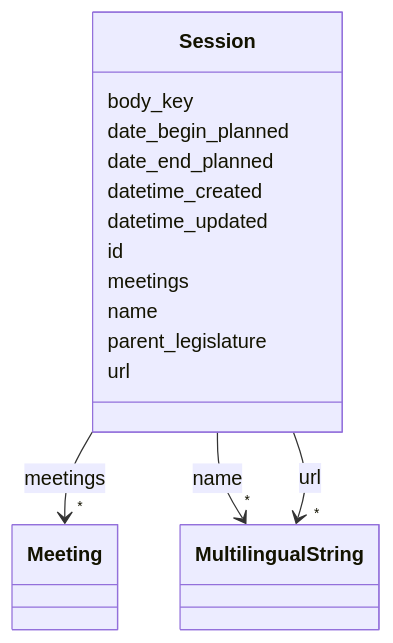
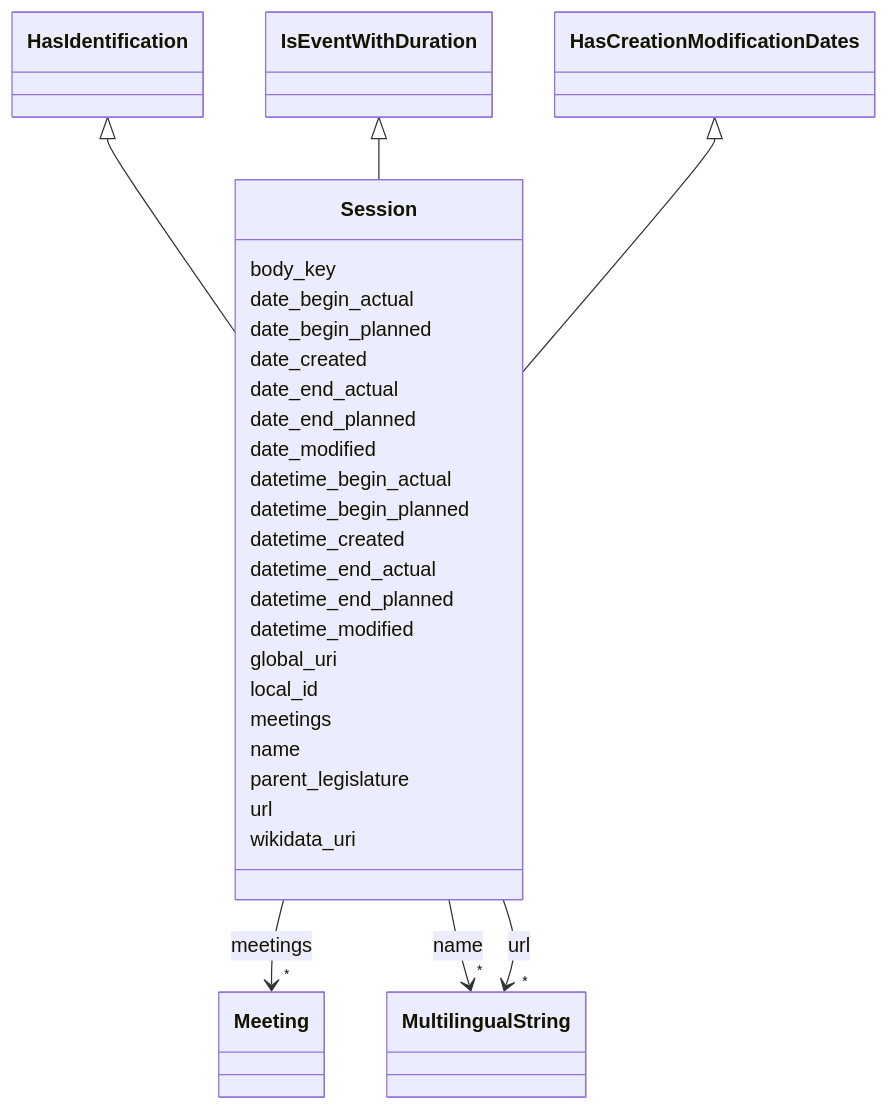
One commit to swiss/political-affairs-ech-group changed the diagram in ech-0293_operations/output/docs/Session.md. Above: the diagram before and after it, drawn with Mermaid. The commit also changed other lines of this file and 79 other files, not shown here.

````diff
--- a/ech-0293_operations/output/docs/Session.md
+++ b/ech-0293_operations/output/docs/Session.md
@@ -22,53 +22,80 @@
 ```mermaid
  classDiagram
     class Session
     click Session href "../Session/"
+      HasIdentification <|-- Session
+        click HasIdentification href "../HasIdentification/"
+      IsEventWithDuration <|-- Session
+        click IsEventWithDuration href "../IsEventWithDuration/"
+      HasCreationModificationDates <|-- Session
+        click HasCreationModificationDates href "../HasCreationModificationDates/"
+      
       Session : body_key
+        
+      Session : date_begin_actual
         
       Session : date_begin_planned
         
+      Session : date_created
+        
+      Session : date_end_actual
+        
       Session : date_end_planned
+        
+      Session : date_modified
+        
+      Session : datetime_begin_actual
+        
+      Session : datetime_begin_planned
         
       Session : datetime_created
         
-      Session : datetime_updated
+      Session : datetime_end_actual
         
-      Session : id
+      Session : datetime_end_planned
+        
+      Session : datetime_modified
+        
+      Session : global_uri
+        
+      Session : local_id
         
       Session : meetings
         
           
     
         
         
         Session --> "*" Meeting : meetings
         click Meeting href "../Meeting/"
     
 
         
       Session : name
         
           
     
         
         
         Session --> "*" MultilingualString : name
         click MultilingualString href "../MultilingualString/"
     
 
         
       Session : parent_legislature
         
       Session : url
         
           
     
         
         
         Session --> "*" MultilingualString : url
         click MultilingualString href "../MultilingualString/"
     
 
         
+      Session : wikidata_uri
+        
       
 ```
````
